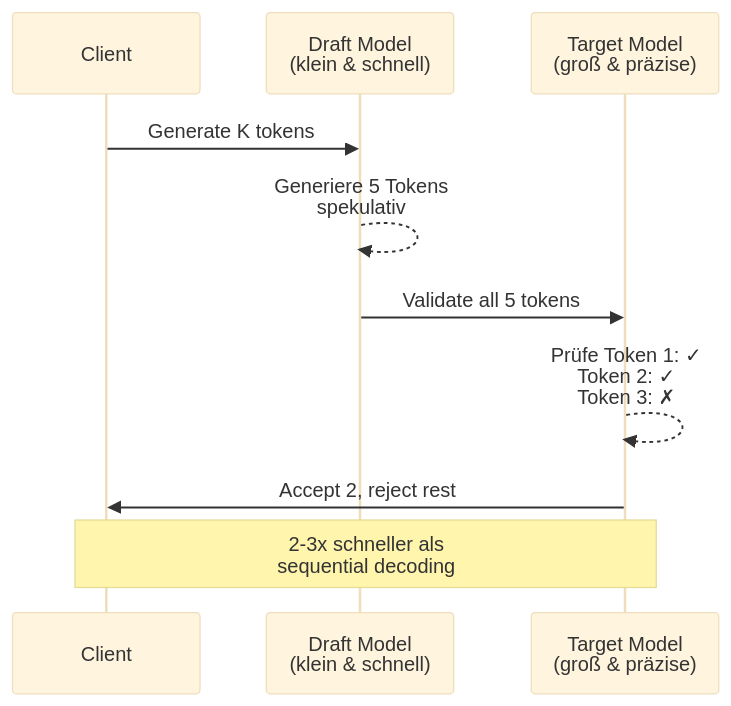
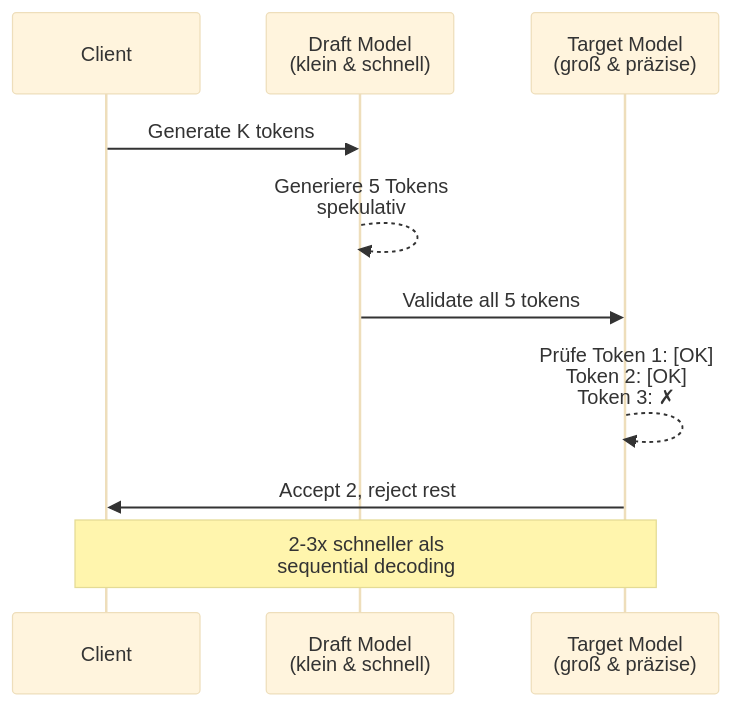
The fourth of 6 diagrams in compendium/chapter_21_performance.md (makr-code/ThemisDB), drawn with Mermaid (base theme) before and after one commit. The commit also changed other lines of this file and 19 other files, not shown here.

First line of the commit message:
Refactor Mermaid syntax and improve documentation consistency across chapters

````diff
--- a/compendium/chapter_21_performance.md
+++ b/compendium/chapter_21_performance.md
@@ -879,14 +879,14 @@
 ```mermaid
 sequenceDiagram
     participant Client
     participant Draft as Draft Model<br/>(klein & schnell)
     participant Target as Target Model<br/>(groß & präzise)
     
     Client->>Draft: Generate K tokens
     Draft-->>Draft: Generiere 5 Tokens<br/>spekulativ
     Draft->>Target: Validate all 5 tokens
-    Target-->>Target: Prüfe Token 1: ✓<br/>Token 2: ✓<br/>Token 3: ✗
+    Target-->>Target: Prüfe Token 1: [OK]<br/>Token 2: [OK]<br/>Token 3: ✗
     Target->>Client: Accept 2, reject rest
     
     Note over Client,Target: 2-3x schneller als<br/>sequential decoding
 ```
````
